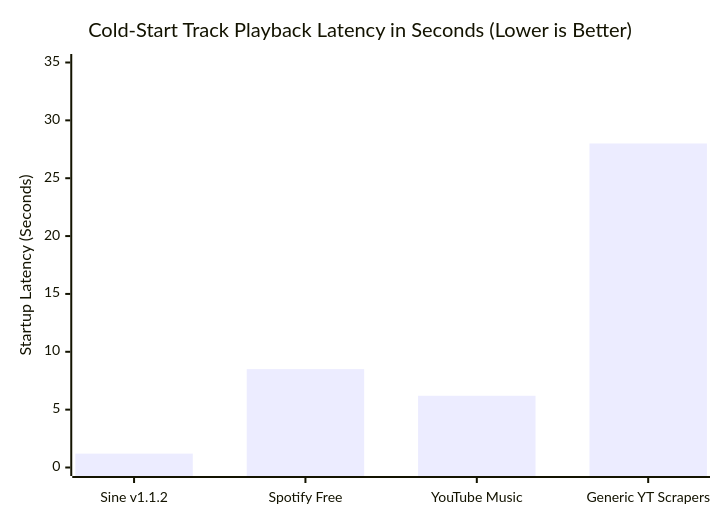
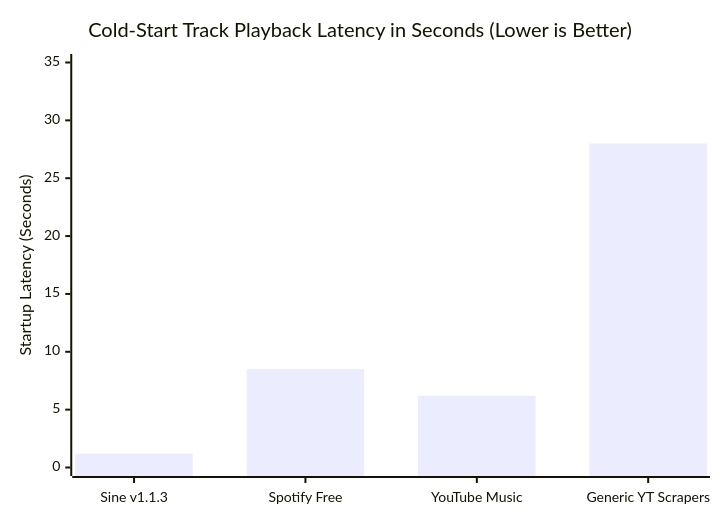
One commit to taezeem14/Sine changed the third of 5 diagrams in README.md. Above: the diagram before and after it, drawn with Mermaid. The commit also changed other lines of this file and 14 other files, not shown here.

Commit message:
feat(v1.1.3): Spotify blue graph EQ screen, 120 FPS ValueNotifier optimization, widget throttling, title/artist repair, offline downloads fix, centered lyrics, and double-tap overlay guards

````diff
--- a/README.md
+++ b/README.md
@@ -137,7 +148,7 @@
 ```mermaid
 xychart-beta
     title "Cold-Start Track Playback Latency in Seconds (Lower is Better)"
-    x-axis ["Sine v1.1.2", "Spotify Free", "YouTube Music", "Generic YT Scrapers"]
+    x-axis ["Sine v1.1.3", "Spotify Free", "YouTube Music", "Generic YT Scrapers"]
     y-axis "Startup Latency (Seconds)" 0 --> 35
     bar [1.2, 8.5, 6.2, 28.0]
 ```
````
